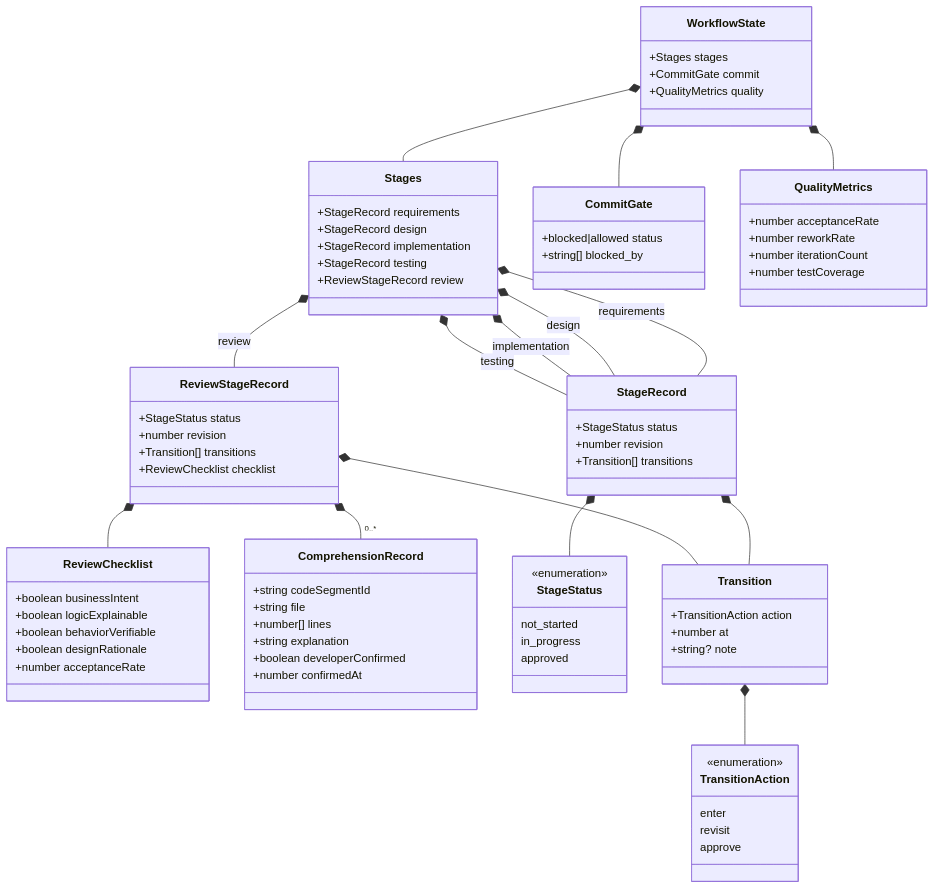
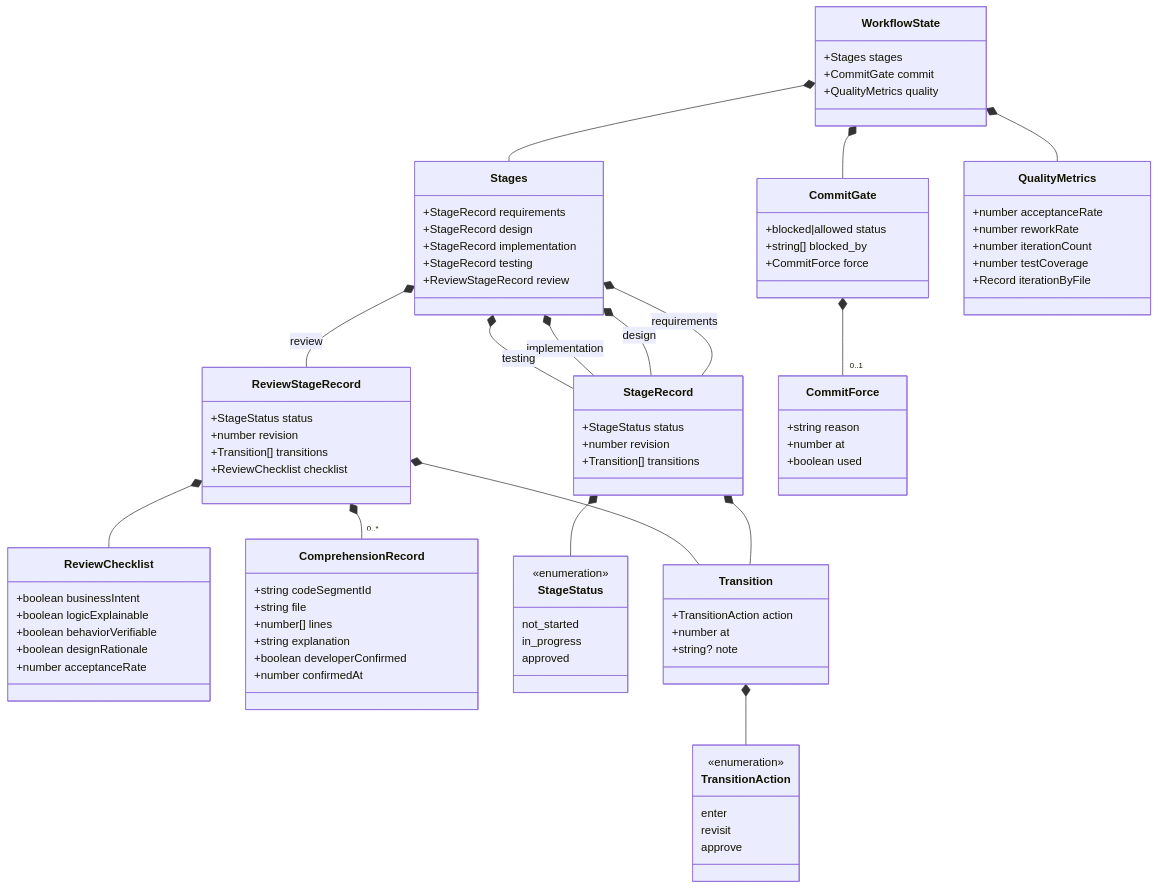
Before and after one commit to wonglaitung/opencode: the eighth of 14 diagrams in opencode-session-mgmt/docs/session-management.md, drawn with Mermaid. The commit also changed other lines of this file, not shown here.

```diff
--- a/opencode-session-mgmt/docs/session-management.md
+++ b/opencode-session-mgmt/docs/session-management.md
@@ -479,6 +479,13 @@
     class CommitGate {
         +blocked|allowed status
         +string[] blocked_by
+        +CommitForce force
+    }
+
+    class CommitForce {
+        +string reason
+        +number at
+        +boolean used
     }
 
     class QualityMetrics {
@@ -486,10 +493,12 @@
         +number reworkRate
         +number iterationCount
         +number testCoverage
+        +Record iterationByFile
     }
 
     WorkflowState *-- Stages
     WorkflowState *-- CommitGate
+    CommitGate *-- "0..1" CommitForce
     WorkflowState *-- QualityMetrics
     Stages *-- StageRecord : requirements
     Stages *-- StageRecord : design
```
